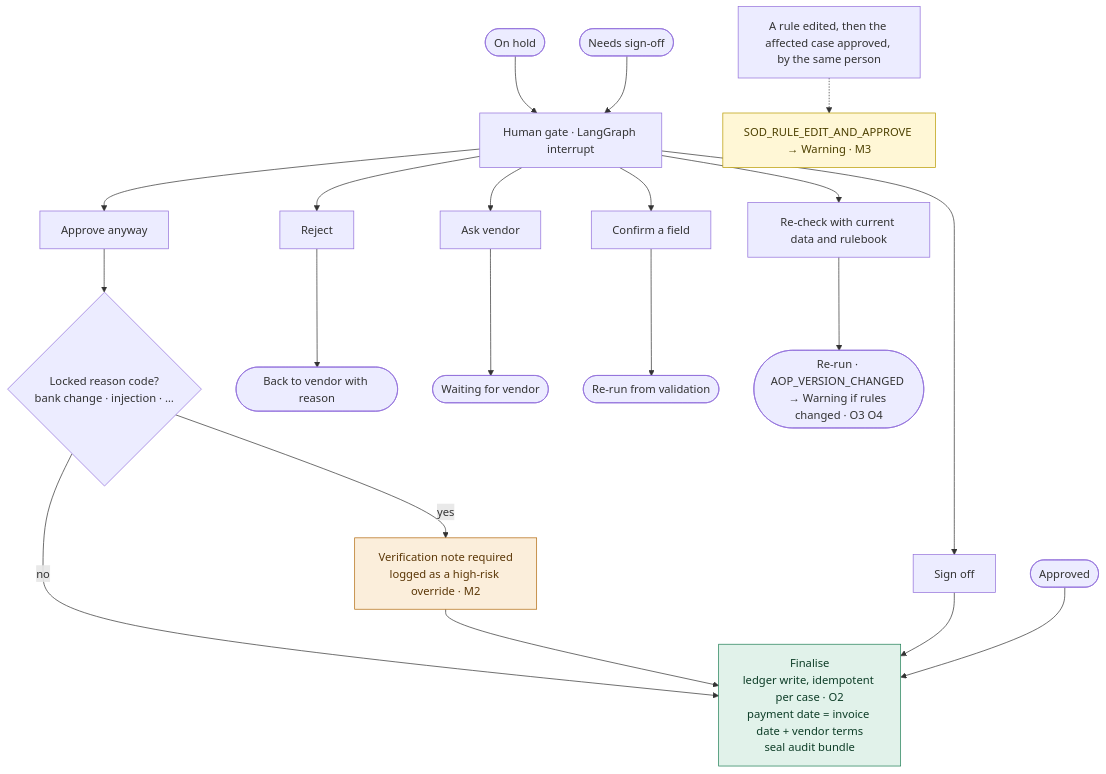
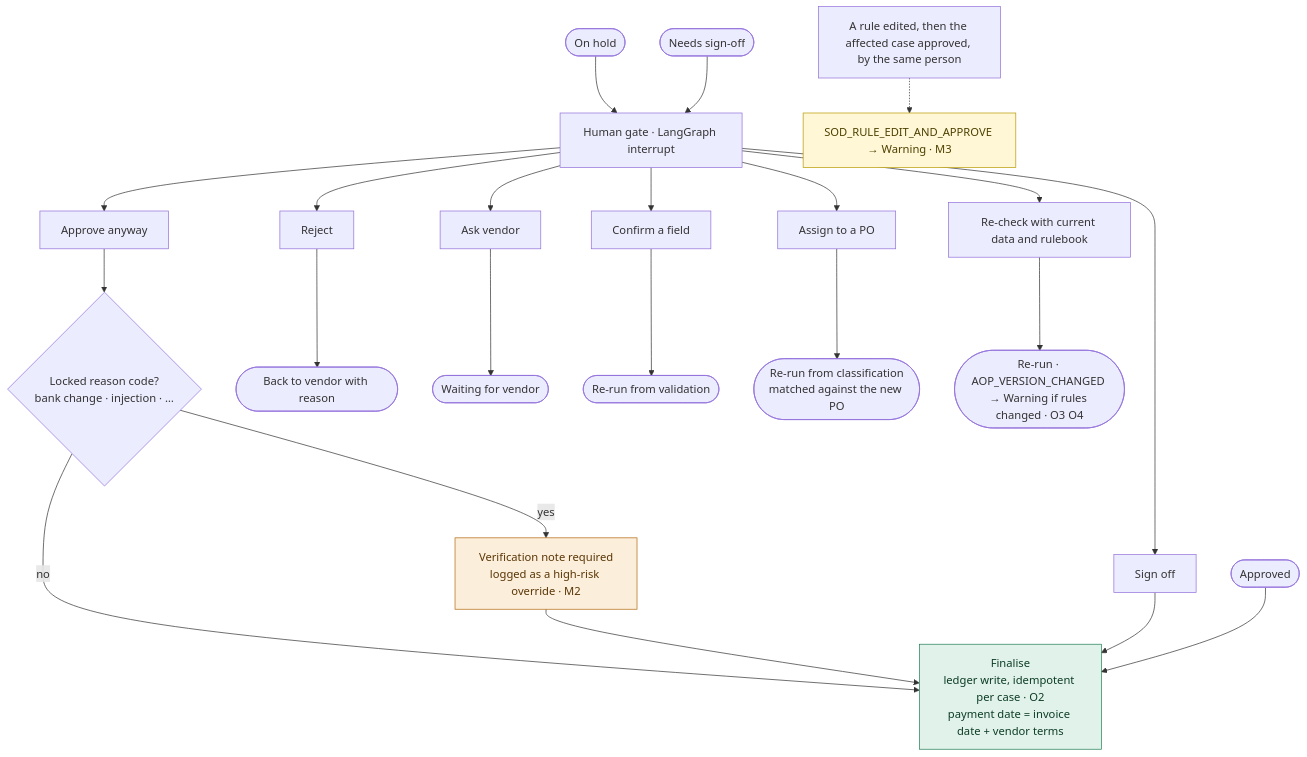
Diagram 16 of 20 in README.md (sh-yamm/Invoice-Automation-Agent), drawn with Mermaid before and after one commit. The commit also changed other lines of this file and 9 other files, not shown here.

Commit message:
docs: rewrite the README around PO trails, with Mermaid diagrams and app screenshots; keep-alive check is case-insensitive

````diff
--- a/README.md
+++ b/README.md
@@ -369,20 +665,21 @@
 ```mermaid
 flowchart TD
   O3(["On hold"]) --> HG["Human gate · LangGraph interrupt"]
   O2(["Needs sign-off"]) --> HG
   HG --> A1["Approve anyway"]
   A1 --> A1c{"Locked reason code?<br/>bank change · injection · …"}
   A1c -->|yes| A1n["Verification note required<br/>logged as a high-risk override · M2"]:::hold
   A1c -->|no| F
   A1n --> F
   HG --> A2["Reject"] --> RJ(["Back to vendor with reason"])
   HG --> A3["Ask vendor"] --> WV(["Waiting for vendor"])
   HG --> A4["Sign off"] --> F
   HG --> A5["Confirm a field"] --> RV(["Re-run from validation"])
+  HG --> A7["Assign to a PO"] --> RA(["Re-run from classification<br/>matched against the new PO"])
   HG --> A6["Re-check with current data and rulebook"] --> RR(["Re-run · AOP_VERSION_CHANGED → Warning if rules changed · O3 O4"])
-  O1(["Approved"]) --> F["Finalise<br/>ledger write, idempotent per case · O2<br/>payment date = invoice date + vendor terms<br/>seal audit bundle"]:::ok
+  O1(["Approved"]) --> F["Finalise<br/>ledger write, idempotent per case · O2<br/>payment date = invoice date + vendor terms"]:::ok
   ED["A rule edited, then the affected case approved, by the same person"] -.-> EDx["SOD_RULE_EDIT_AND_APPROVE → Warning · M3"]:::warn
   classDef hold fill:#FBEEDB,stroke:#B26A0E,color:#5A3606
   classDef warn fill:#FFF7D6,stroke:#B89A00,color:#4D4000
   classDef ok fill:#E1F2EA,stroke:#1F7F55,color:#0D3D27
 ```
````
